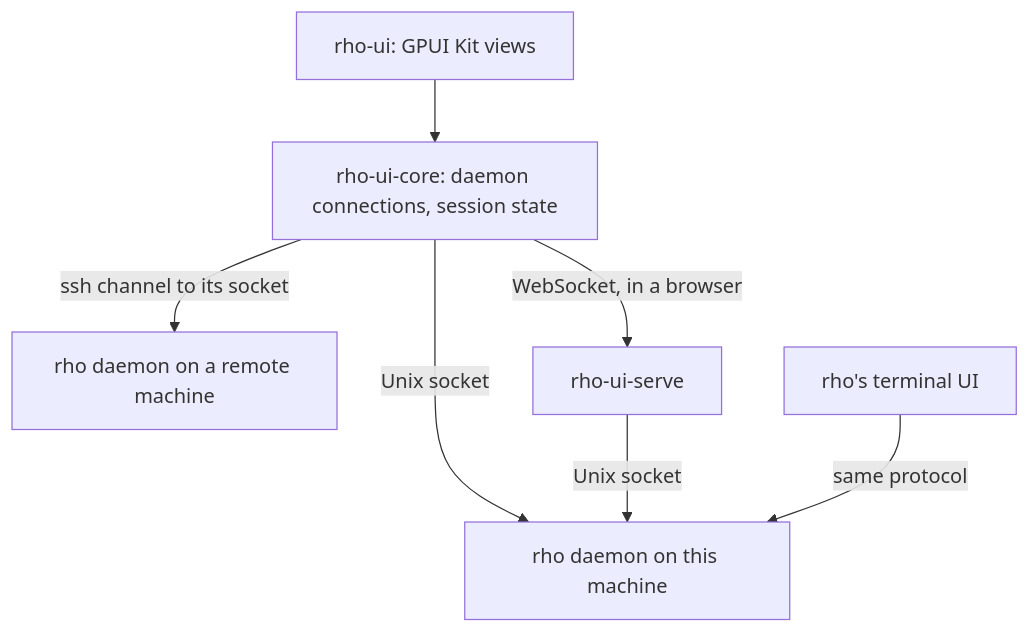
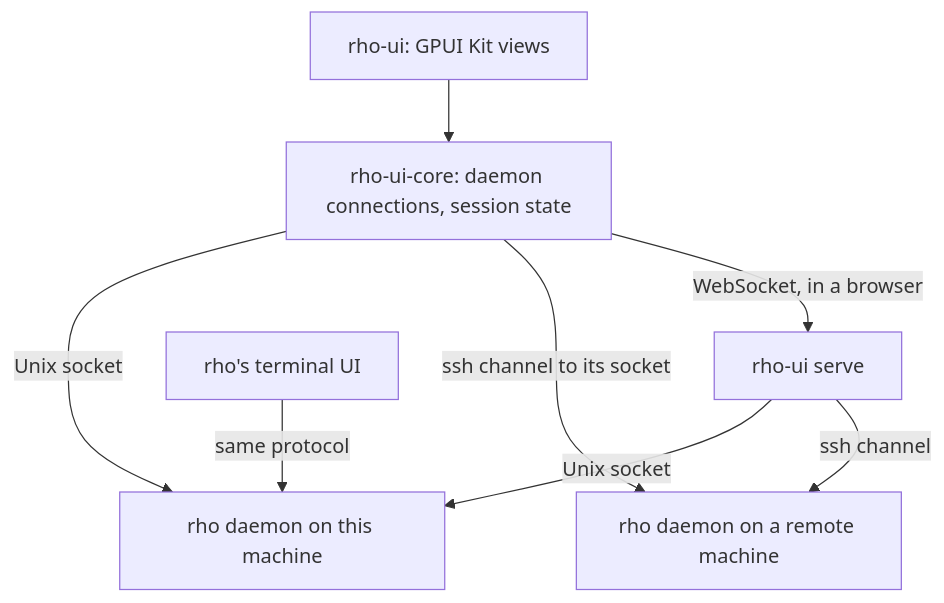
The diagram in docs/architecture.md (matthewyjiang/rho-ui), drawn with Mermaid before and after one commit. The commit also changed other lines of this file and 50 other files, not shown here.

First line of the commit message:
rho-ui serve: one binary, shared state, remote machines

````diff
--- a/docs/architecture.md
+++ b/docs/architecture.md
@@ -5,9 +5,10 @@
 ```mermaid
 flowchart TD
     UI["rho-ui: GPUI Kit views"] --> Core["rho-ui-core: daemon connections, session state"]
     Core -->|"Unix socket"| Local["rho daemon on this machine"]
     Core -->|"ssh channel to its socket"| Remote["rho daemon on a remote machine"]
-    Core -->|"WebSocket, in a browser"| Serve["rho-ui-serve"]
+    Core -->|"WebSocket, in a browser"| Serve["rho-ui serve"]
     Serve -->|"Unix socket"| Local
+    Serve -->|"ssh channel"| Remote
     TUI["rho's terminal UI"] -->|"same protocol"| Local
 ```
````
